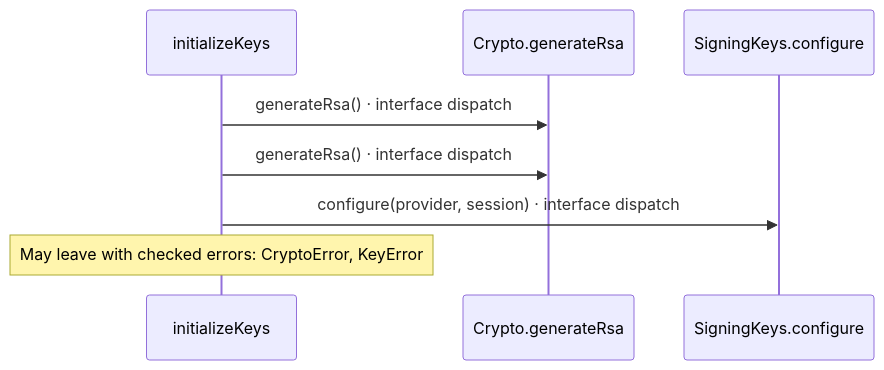
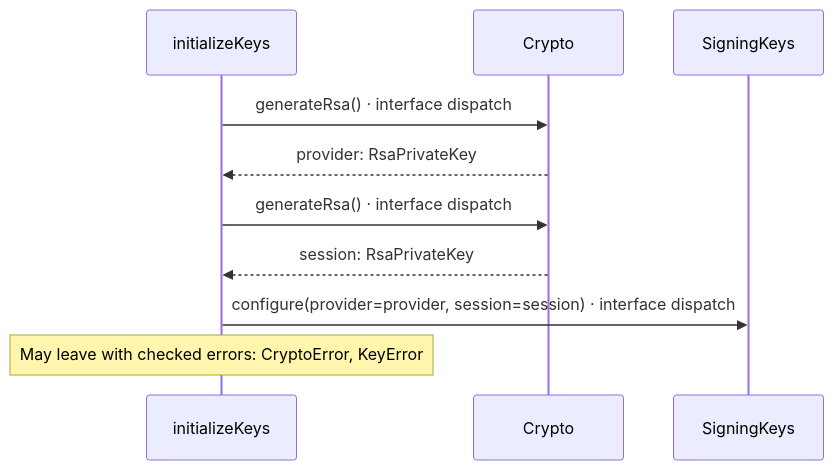
The seventh of 7 diagrams in docs/examples/oidc-login/common/keys-diagrams.md (GreenPandaStudios/augscript), drawn with Mermaid before and after one commit. The commit also changed other lines of this file and 524 other files, not shown here.

Commit message:
Explain checked data flow at folder and service levels

````diff
--- a/docs/examples/oidc-login/common/keys-diagrams.md
+++ b/docs/examples/oidc-login/common/keys-diagrams.md
@@ -211,10 +190,12 @@
 ```mermaid
 sequenceDiagram
     participant p0 as initializeKeys
-    participant p1 as Crypto.generateRsa
-    participant p2 as SigningKeys.configure
+    participant p1 as Crypto
+    participant p2 as SigningKeys
     p0->>p1: generateRsa() · interface dispatch
+    p1-->>p0: provider: RsaPrivateKey
     p0->>p1: generateRsa() · interface dispatch
-    p0->>p2: configure(provider, session) · interface dispatch
+    p1-->>p0: session: RsaPrivateKey
+    p0->>p2: configure(provider=provider, session=session) · interface dispatch
     Note over p0: May leave with checked errors: CryptoError, KeyError
 ```
````
